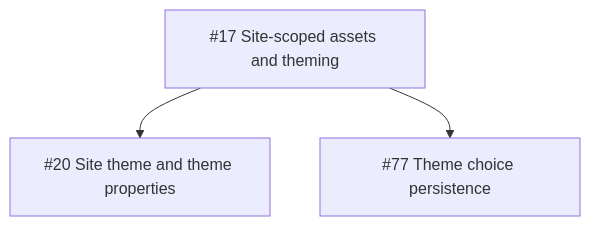
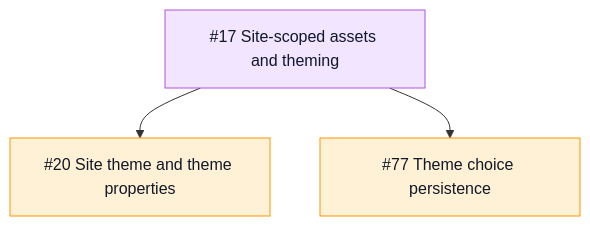
The fourth of 9 diagrams in README.md (TileDown/tile-down), drawn with Mermaid before and after one commit. The commit also changed other lines of this file, not shown here.

Commit message:
docs(readme): color code roadmap status

````diff
--- a/README.md
+++ b/README.md
@@ -64,6 +100,9 @@
 ```mermaid
 flowchart TD
-  Epic["#17 Site-scoped assets and theming"]
-  Epic --> Theme["#20 Site theme and theme properties"]
-  Epic --> Persistence["#77 Theme choice persistence"]
+  Epic["#17 Site-scoped assets and theming"]:::epic
+  Epic --> Theme["#20 Site theme and theme properties"]:::todo
+  Epic --> Persistence["#77 Theme choice persistence"]:::todo
+
+  classDef epic fill:#f2e5ff,stroke:#af52de,color:#111827
+  classDef todo fill:#fff1d6,stroke:#ff9500,color:#111827
 ```
````
